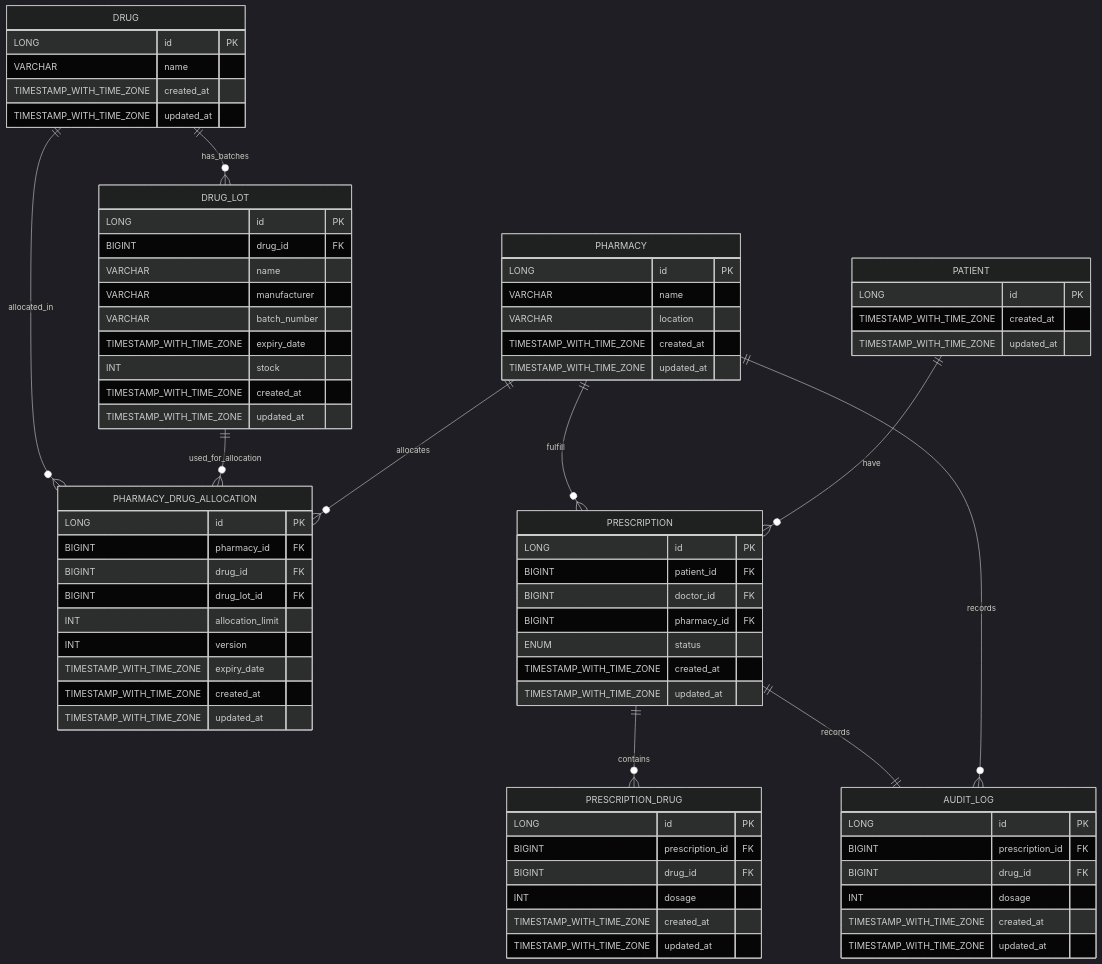
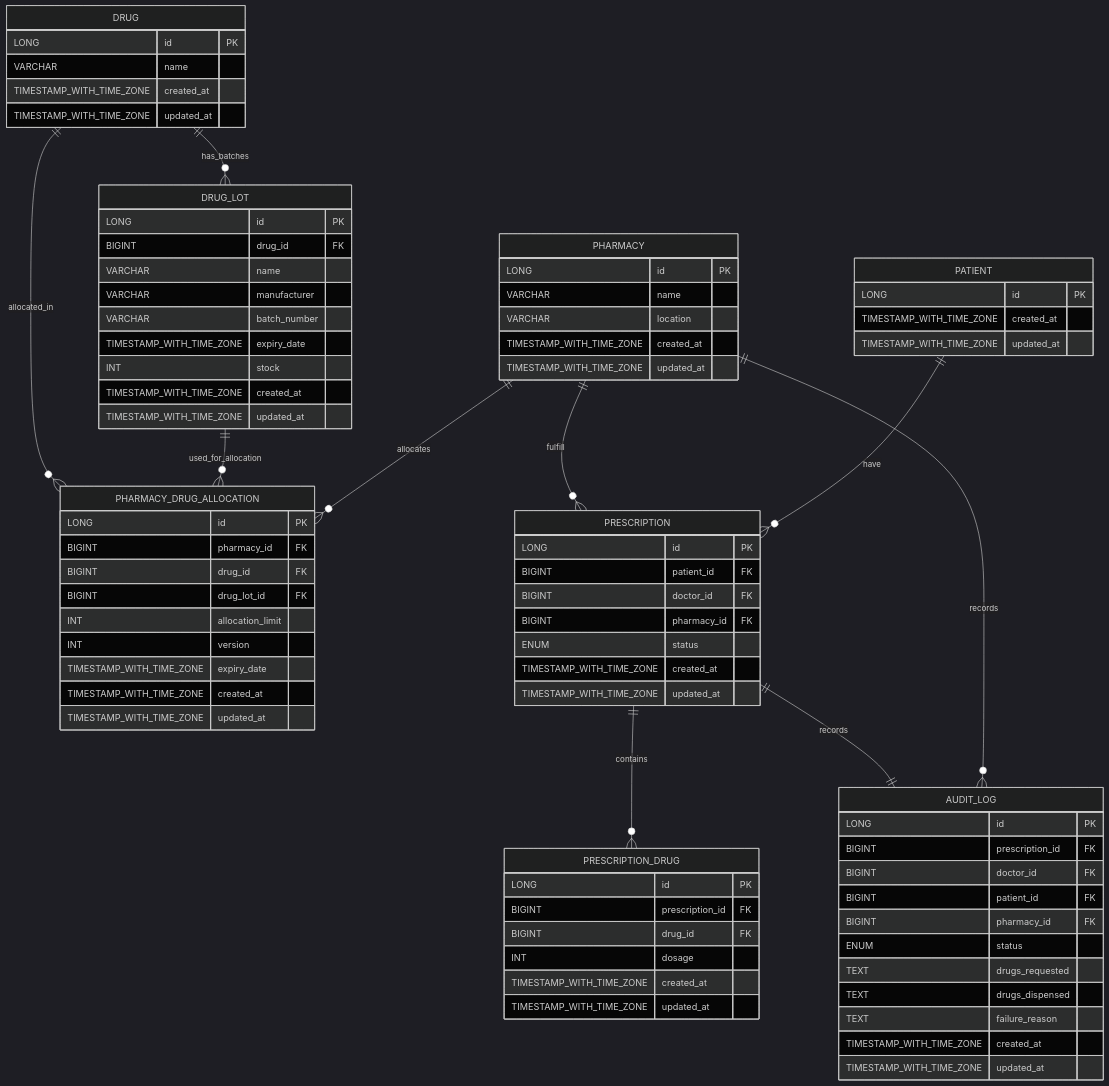
The diagram in README.md (fitz-li/pharma-system), drawn with Mermaid (dark theme) before and after one commit. The commit also changed 1 other file, not shown here.

Commit message:
update er doc

```diff
--- a/README.md
+++ b/README.md
@@ -202,8 +202,13 @@
     AUDIT_LOG {
         LONG id PK
         BIGINT prescription_id FK
-        BIGINT drug_id FK
-        INT dosage
+        BIGINT doctor_id FK
+        BIGINT patient_id FK
+        BIGINT pharmacy_id FK
+        ENUM status
+        TEXT drugs_requested
+        TEXT drugs_dispensed
+        TEXT failure_reason
         TIMESTAMP_WITH_TIME_ZONE created_at
         TIMESTAMP_WITH_TIME_ZONE updated_at
     }
```
